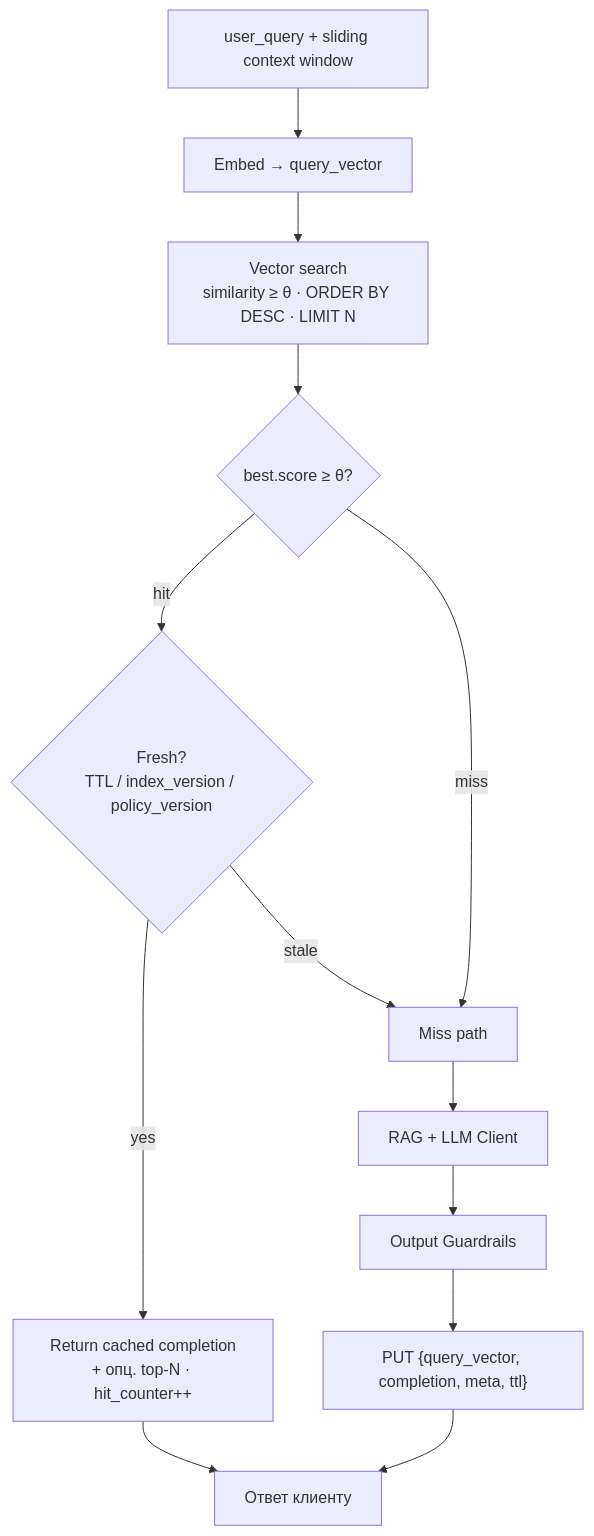
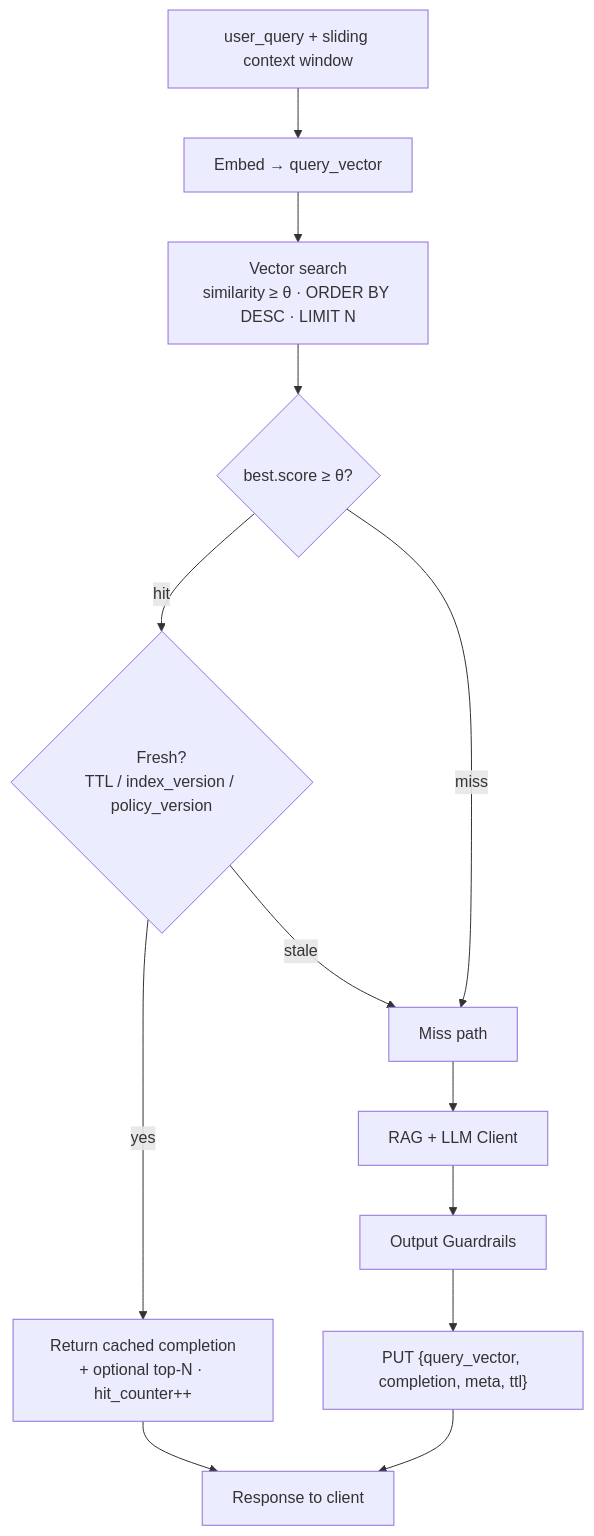
Before and after one commit to YuesIt17/yuit-docs-ai-architect: the first of 7 diagrams in hw-9/docs/high-load-architecture.md, drawn with Mermaid. The commit also changed other lines of this file and 53 other files, not shown here.

First line of the commit message:
docs: translate the remaining Russian text and diagrams to English

````diff
--- a/hw-9/docs/high-load-architecture.md
+++ b/hw-9/docs/high-load-architecture.md
@@ -44,17 +44,17 @@
 ```mermaid
 flowchart TD
   A[user_query + sliding context window] --> B[Embed → query_vector]
   B --> C["Vector search<br/>similarity ≥ θ · ORDER BY DESC · LIMIT N"]
   C --> D{best.score ≥ θ?}
 
   D -->|hit| E{Fresh?<br/>TTL / index_version / policy_version}
-  E -->|yes| F[Return cached completion<br/>+ опц. top-N · hit_counter++]
+  E -->|yes| F[Return cached completion<br/>+ optional top-N · hit_counter++]
   E -->|stale| G[Miss path]
 
   D -->|miss| G
   G --> H[RAG + LLM Client]
   H --> I[Output Guardrails]
   I --> J["PUT {query_vector, completion, meta, ttl}"]
-  J --> K[Ответ клиенту]
+  J --> K[Response to client]
   F --> K
 ```
````
